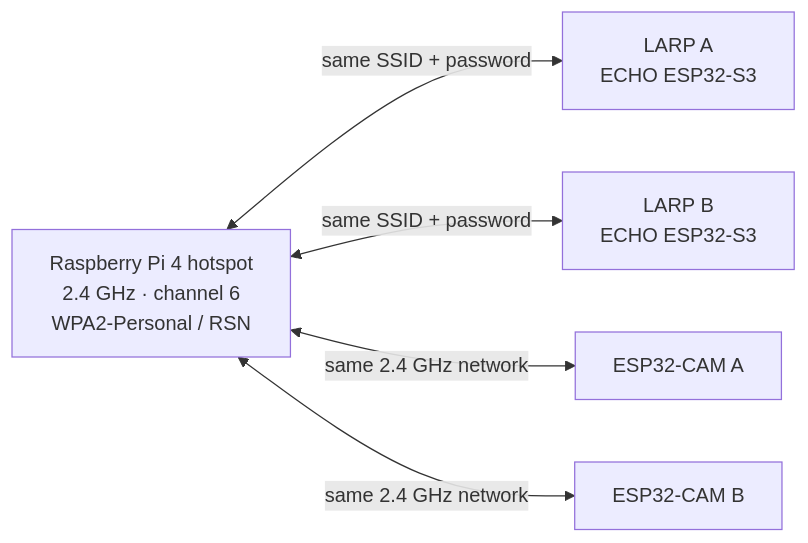
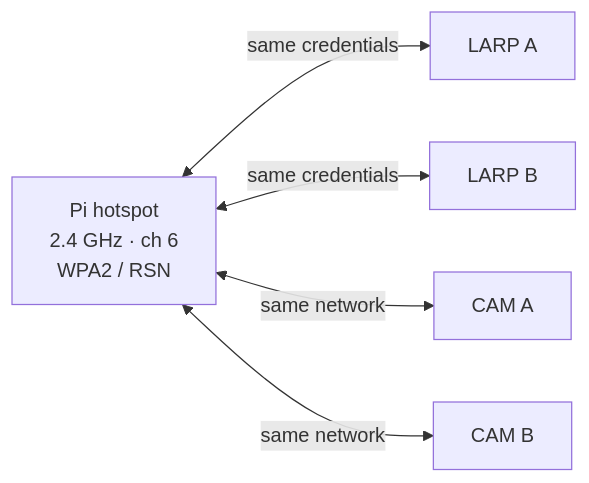
Before and after one commit to william-thompsonthe1st/STEM-Research-Academy: the third of 7 diagrams in README.md, drawn with Mermaid. The commit also changed other lines of this file, not shown here.

Commit message:
docs: add future research roadmap

````diff
--- a/README.md
+++ b/README.md
@@ -61,7 +59,7 @@
 ```mermaid
 flowchart LR
-    PI["Raspberry Pi 4 hotspot\n2.4 GHz · channel 6\nWPA2-Personal / RSN"] <-->|"same SSID + password"| LA["LARP A\nECHO ESP32-S3"]
-    PI <-->|"same SSID + password"| LB["LARP B\nECHO ESP32-S3"]
-    PI <-->|"same 2.4 GHz network"| CA["ESP32-CAM A"]
-    PI <-->|"same 2.4 GHz network"| CB["ESP32-CAM B"]
+    PI["Pi hotspot\n2.4 GHz · ch 6\nWPA2 / RSN"] <-->|"same credentials"| A["LARP A"]
+    PI <-->|"same credentials"| B["LARP B"]
+    PI <-->|"same network"| CA["CAM A"]
+    PI <-->|"same network"| CB["CAM B"]
 ```
````
